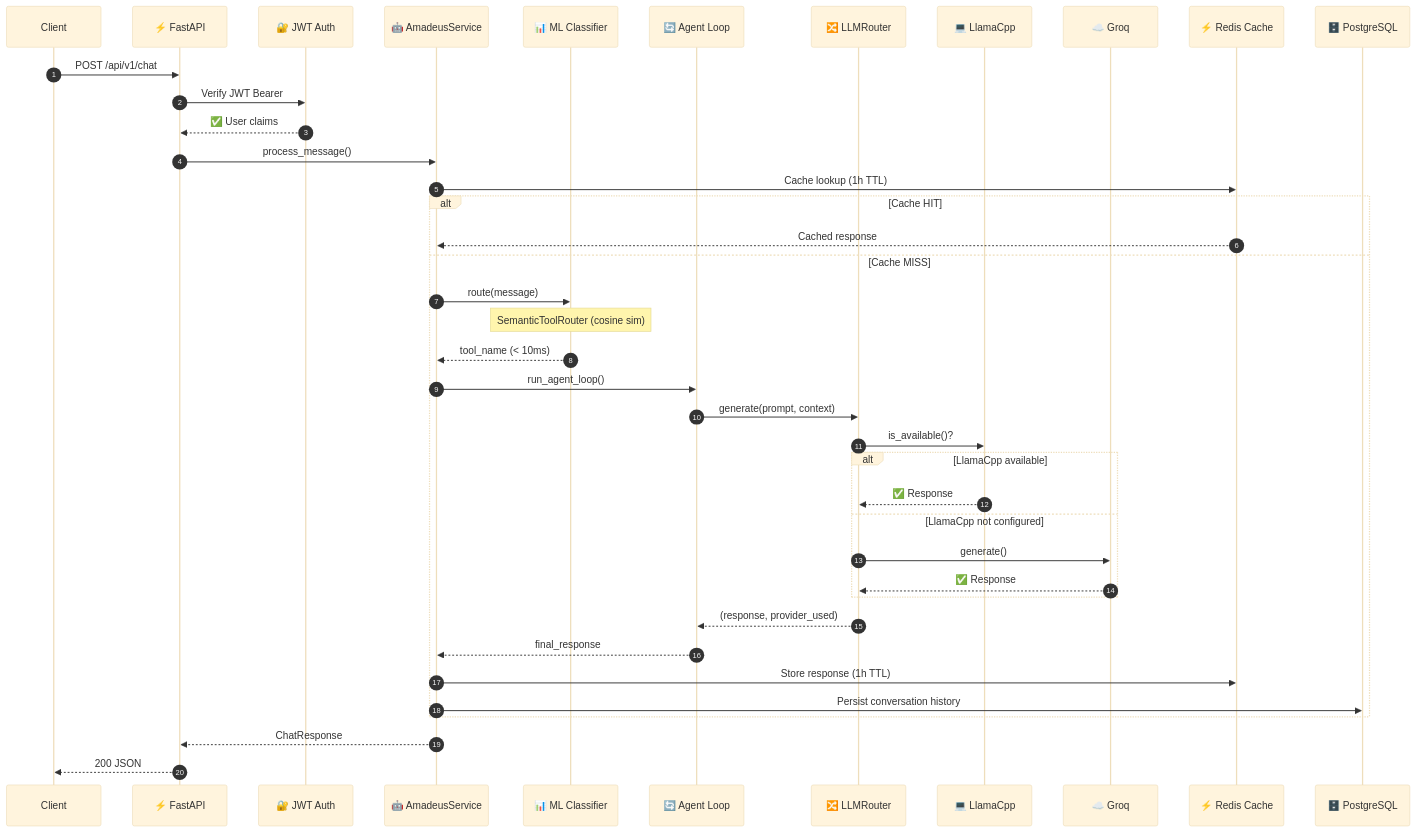
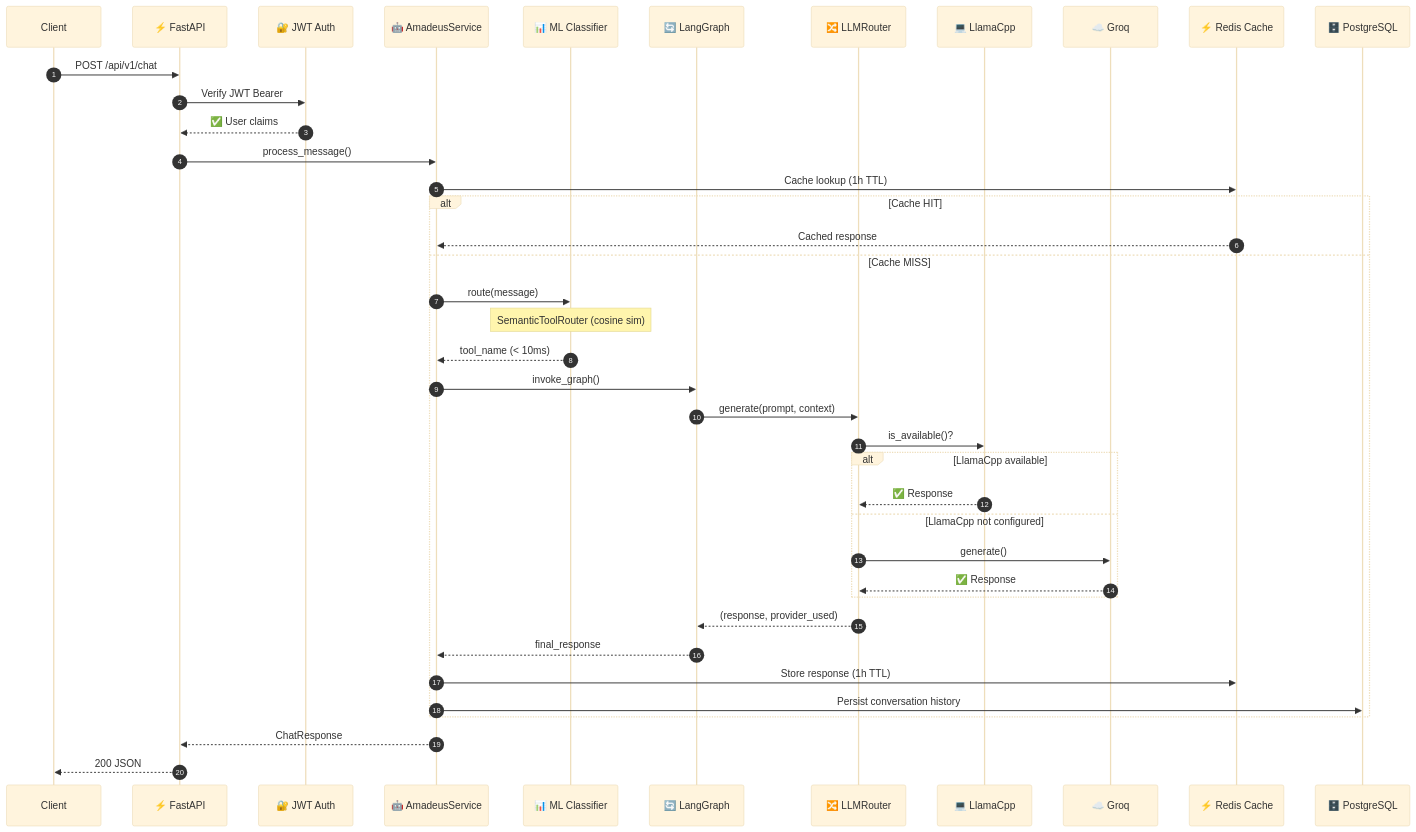
The second of 3 diagrams in README.md (adityatawde9699/Amadeus-AI), drawn with Mermaid (base theme) before and after one commit. The commit also changed other lines of this file and 24 other files, not shown here.

Commit message:
docs: finalize v5 architecture and project structure documentation

````diff
--- a/README.md
+++ b/README.md
@@ -466,43 +458,43 @@
 ```mermaid
 sequenceDiagram
     autonumber
     participant Client
     participant FastAPI as ⚡ FastAPI
     participant Auth as 🔐 JWT Auth
     participant Amadeus as 🤖 AmadeusService
     participant Classifier as 📊 ML Classifier
-    participant Agent as 🔄 Agent Loop
+    participant Agent as 🔄 LangGraph
     participant Router as 🔀 LLMRouter
     participant LlamaCpp as 💻 LlamaCpp
     participant Groq as ☁️ Groq
     participant Cache as ⚡ Redis Cache
     participant DB as 🗄️ PostgreSQL
 
     Client->>FastAPI: POST /api/v1/chat
     FastAPI->>Auth: Verify JWT Bearer
     Auth-->>FastAPI: ✅ User claims
     FastAPI->>Amadeus: process_message()
     Amadeus->>Cache: Cache lookup (1h TTL)
     alt Cache HIT
         Cache-->>Amadeus: Cached response
     else Cache MISS
         Amadeus->>Classifier: route(message)
         Note over Classifier: SemanticToolRouter (cosine sim)
         Classifier-->>Amadeus: tool_name (< 10ms)
-        Amadeus->>Agent: run_agent_loop()
+        Amadeus->>Agent: invoke_graph()
         Agent->>Router: generate(prompt, context)
         Router->>LlamaCpp: is_available()?
         alt LlamaCpp available
             LlamaCpp-->>Router: ✅ Response
         else LlamaCpp not configured
             Router->>Groq: generate()
             Groq-->>Router: ✅ Response
         end
         Router-->>Agent: (response, provider_used)
         Agent-->>Amadeus: final_response
         Amadeus->>Cache: Store response (1h TTL)
         Amadeus->>DB: Persist conversation history
     end
     Amadeus-->>FastAPI: ChatResponse
     FastAPI-->>Client: 200 JSON
 ```
````
